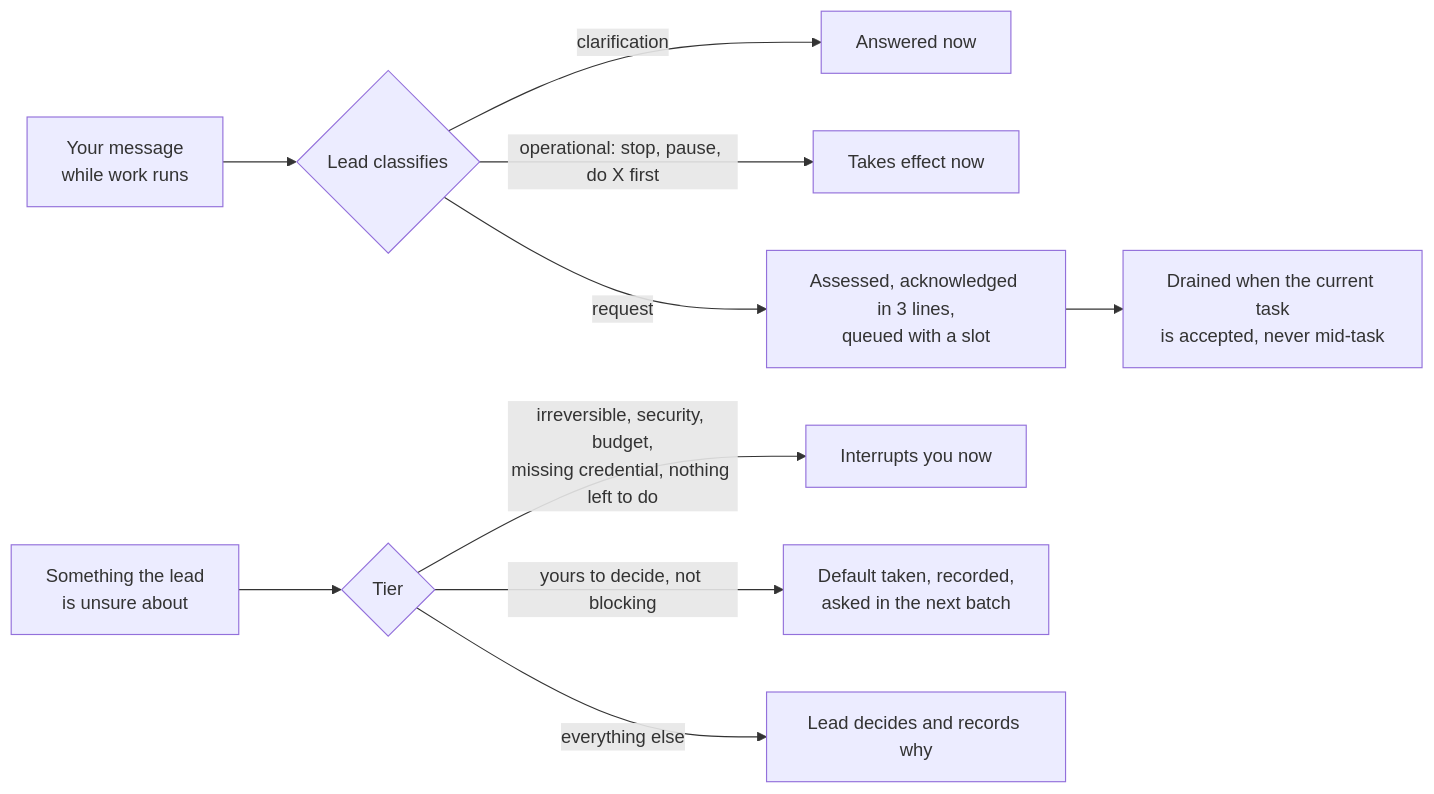
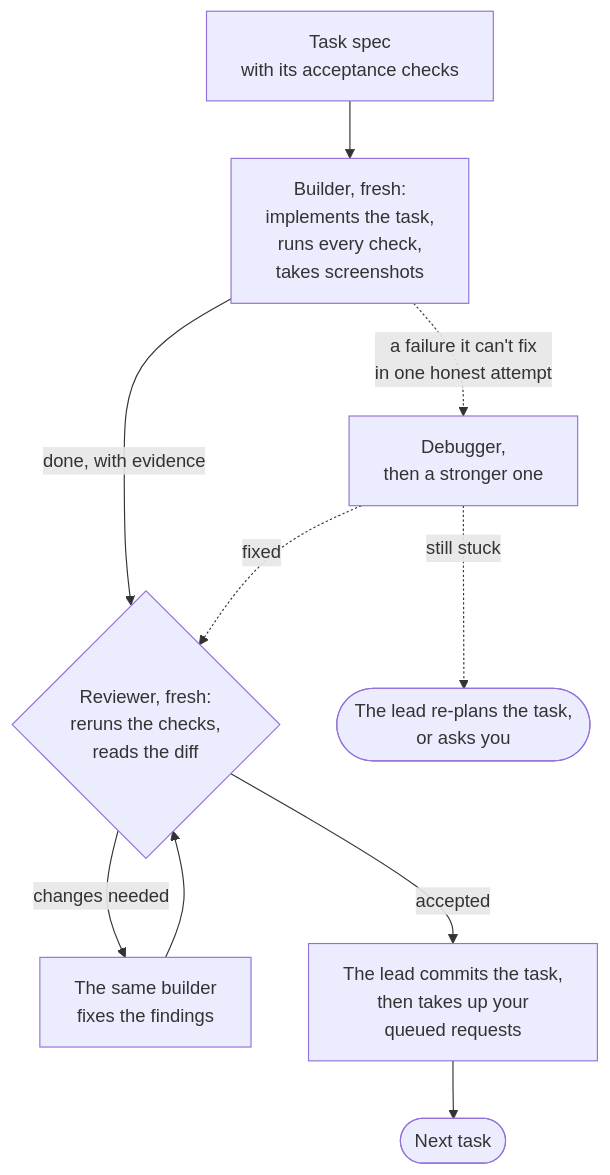
Before and after one commit to claudio-silva/ai-toolbox: the second of 3 diagrams in skills/claude-code/crew/README.md, drawn with Mermaid. The commit also changed other lines of this file and 2 other files, not shown here.

````diff
--- a/skills/claude-code/crew/README.md
+++ b/skills/claude-code/crew/README.md
@@ -70,12 +86,14 @@
 ```mermaid
-flowchart LR
-  M["Your message<br/>while work runs"] --> K{"Lead classifies"}
-  K -- "clarification" --> K1["Answered now"]
-  K -- "operational: stop, pause, do X first" --> K2["Takes effect now"]
-  K -- "request" --> K3["Assessed, acknowledged in 3 lines,<br/>queued with a slot"]
-  K3 --> K4["Drained when the current task<br/>is accepted, never mid-task"]
-  Q["Something the lead<br/>is unsure about"] --> T{"Tier"}
-  T -- "irreversible, security, budget,<br/>missing credential, nothing left to do" --> T1["Interrupts you now"]
-  T -- "yours to decide, not blocking" --> T2["Default taken, recorded,<br/>asked in the next batch"]
-  T -- "everything else" --> T3["Lead decides and records why"]
+flowchart TD
+  spec["Task spec<br/>with its acceptance checks"] --> build
+  build["Builder, fresh:<br/>implements the task,<br/>runs every check,<br/>takes screenshots"]
+  build -- "done, with evidence" --> review
+  build -. "a failure it can't fix<br/>in one honest attempt" .-> debug["Debugger,<br/>then a stronger one"]
+  debug -. "fixed" .-> review
+  debug -. "still stuck" .-> replan(["The lead re-plans the task,<br/>or asks you"])
+  review{"Reviewer, fresh:<br/>reruns the checks,<br/>reads the diff"}
+  review -- "changes needed" --> fix["The same builder<br/>fixes the findings"]
+  fix --> review
+  review -- "accepted" --> commit["The lead commits the task,<br/>then takes up your<br/>queued requests"]
+  commit --> next(["Next task"])
 ```
````
